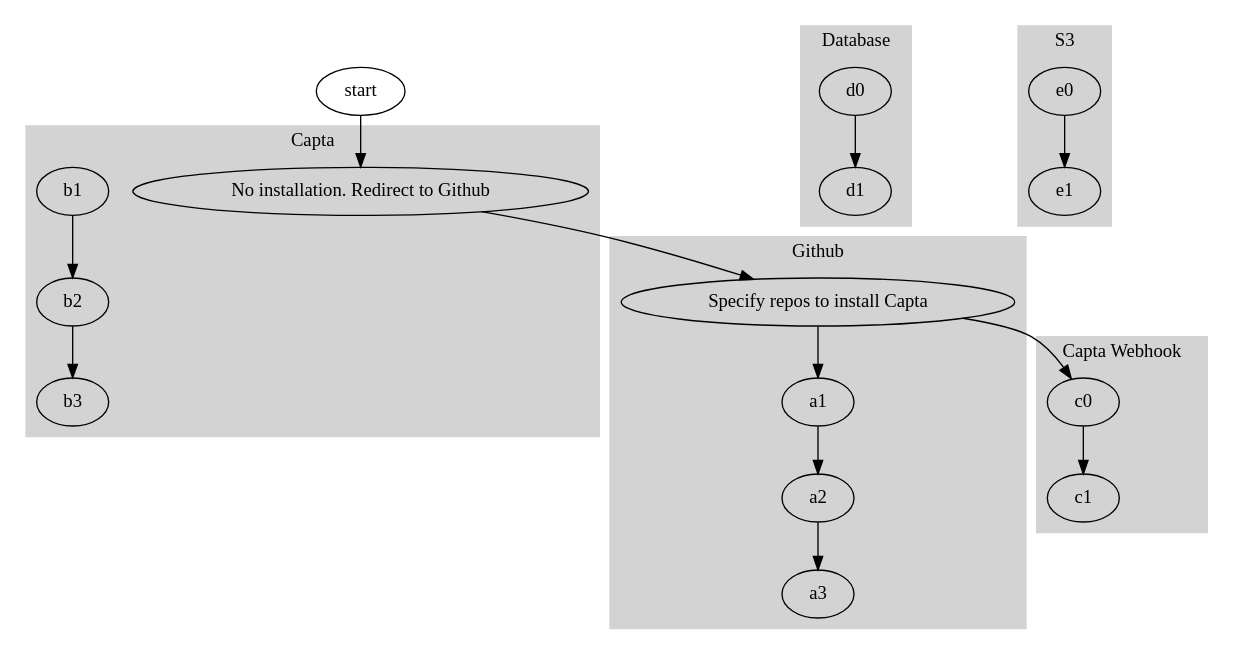
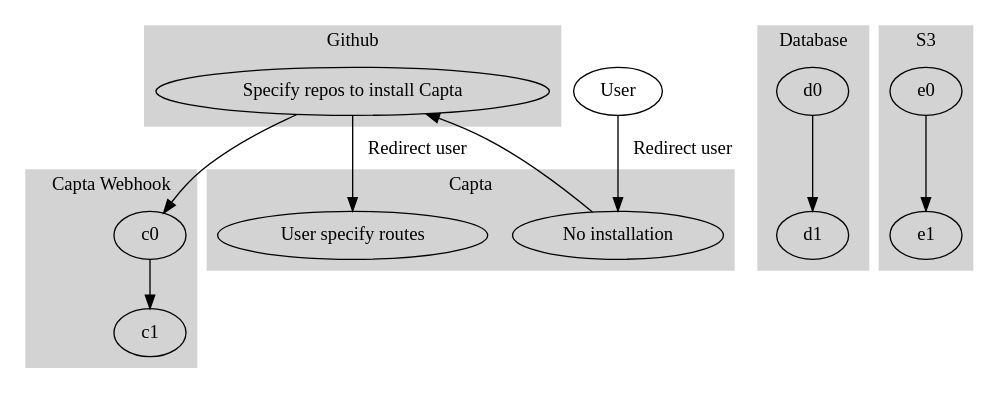
One commit to rickyyean/blog1 changed the diagram in github_integration.gv. Above: the diagram before and after it, drawn with Graphviz.

```diff
--- a/github_integration.gv
+++ b/github_integration.gv
@@ -1,41 +1,43 @@
 digraph G {
   subgraph cluster_github {
     label = "Github";
     style=filled; color=lightgrey;
 
-    a0 -> a1 -> a2 -> a3;
+    a0;
   }
   subgraph cluster_capta {
     label = "Capta";
     color=lightgrey; style=filled;
     
-    b0;
-    b1 -> b2 -> b3;
+    b0; b1;
   }
   subgraph cluster_capta_webhook {
     label = "Capta Webhook";
     color=lightgrey; style=filled;
 
     c0 -> c1;
   }
   subgraph cluster_db {
     label = "Database";
     color=lightgrey; style=filled;
     
     d0 -> d1;
   }
   subgraph cluster_s3 {
     label="S3";
     color=lightgrey; style=filled;
     
     e0 -> e1;
   }
 
-  start -> b0;
-  b0 [label="No installation. Redirect to Github"];
+  User -> b0 [label="Redirect user"];
+  b0 [label="No installation"];
 
   b0 -> a0;
   a0 [label="Specify repos to install Capta"];
   
-  a0 -> c0
+  a0 -> b1 [label="Redirect user"];
+  b1 [label="User specify routes"];
+  
+  a0 -> c0;
 }
```
